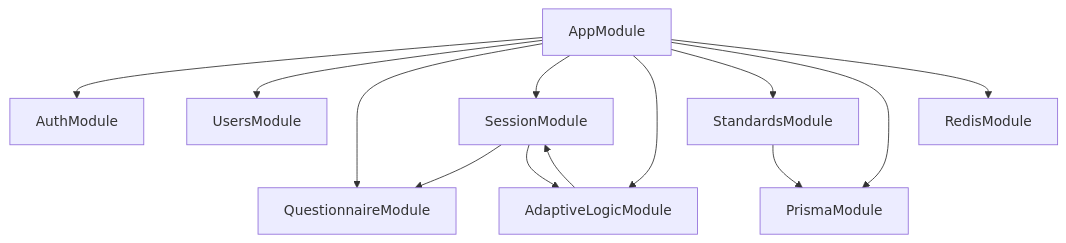
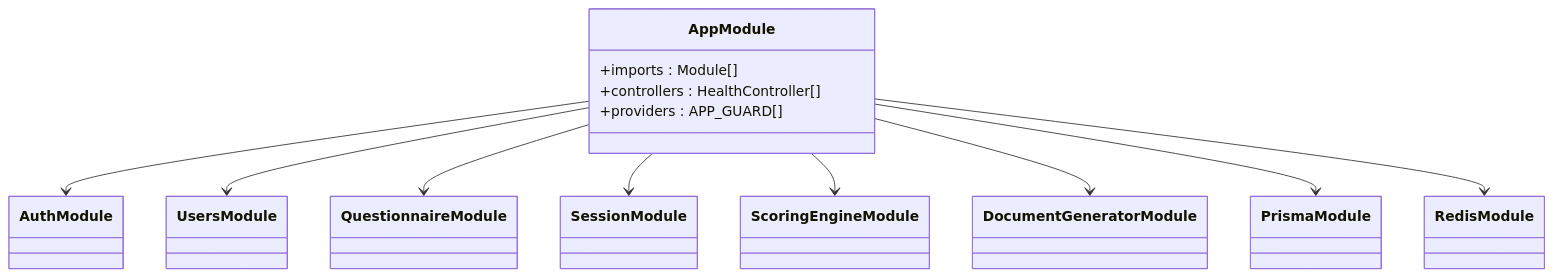
Before and after one commit to BAS-More/Quiz2Biz: the fourth of 9 diagrams in .qoder/repowiki/en/content/Architecture Overview/Architecture Overview.md, drawn with Mermaid. The commit also changed other lines of this file and 191 other files, not shown here.

````diff
--- a/.qoder/repowiki/en/content/Architecture Overview/Architecture Overview.md
+++ b/.qoder/repowiki/en/content/Architecture Overview/Architecture Overview.md
@@ -417,24 +196,24 @@
 ```mermaid
-graph TB
-AppModule["AppModule"]
-AuthModule["AuthModule"]
-UsersModule["UsersModule"]
-QuestionnaireModule["QuestionnaireModule"]
-SessionModule["SessionModule"]
-AdaptiveLogicModule["AdaptiveLogicModule"]
-StandardsModule["StandardsModule"]
-PrismaModule["PrismaModule"]
-RedisModule["RedisModule"]
+classDiagram
+class AppModule {
++imports : Module[]
++controllers : HealthController[]
++providers : APP_GUARD[]
+}
+class AuthModule
+class UsersModule
+class QuestionnaireModule
+class SessionModule
+class ScoringEngineModule
+class DocumentGeneratorModule
+class PrismaModule
+class RedisModule
 AppModule --> AuthModule
 AppModule --> UsersModule
 AppModule --> QuestionnaireModule
 AppModule --> SessionModule
-AppModule --> AdaptiveLogicModule
-AppModule --> StandardsModule
+AppModule --> ScoringEngineModule
+AppModule --> DocumentGeneratorModule
 AppModule --> PrismaModule
 AppModule --> RedisModule
-SessionModule --> QuestionnaireModule
-SessionModule --> AdaptiveLogicModule
-AdaptiveLogicModule --> SessionModule
-StandardsModule --> PrismaModule
 ```
````
